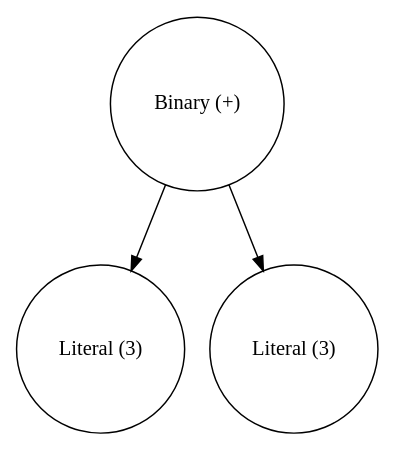
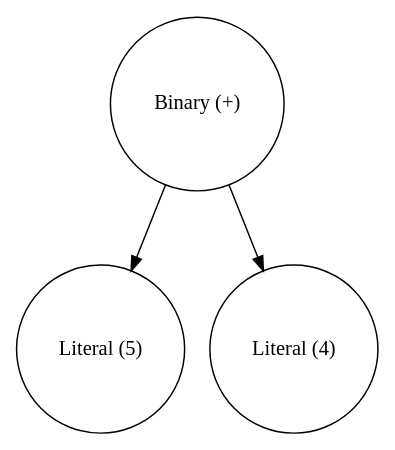
Before and after one commit to chosti34/CompilerCreationTool: the diagram in CompilerCreationTool/CompilerCreationTool/ast.dot, drawn with Graphviz. The commit also changed 14 other files, not shown here.

```diff
--- a/CompilerCreationTool/CompilerCreationTool/ast.dot
+++ b/CompilerCreationTool/CompilerCreationTool/ast.dot
@@ -1,7 +1,7 @@
 digraph {
 0 [shape="circle" label="Binary (+)"];
-1 [shape="circle" label="Literal (3)"];
-2 [shape="circle" label="Literal (3)"];
+1 [shape="circle" label="Literal (5)"];
+2 [shape="circle" label="Literal (4)"];
 0->1 [label=" "];
 0->2 [label=" "];
 }
```
